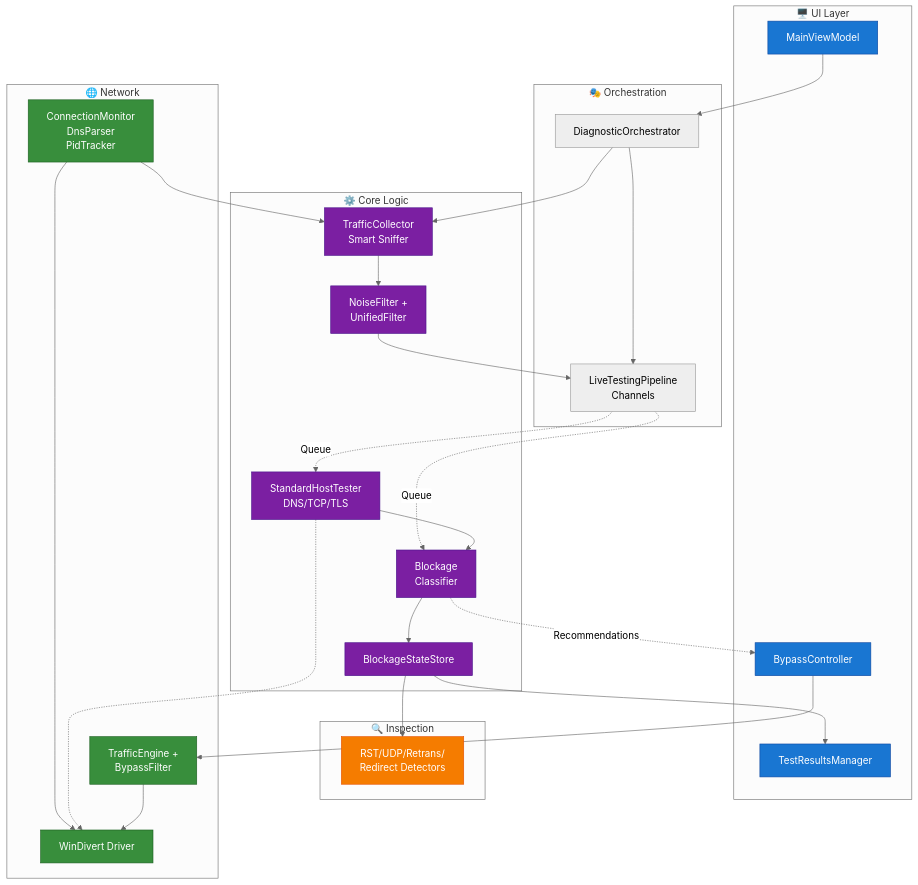
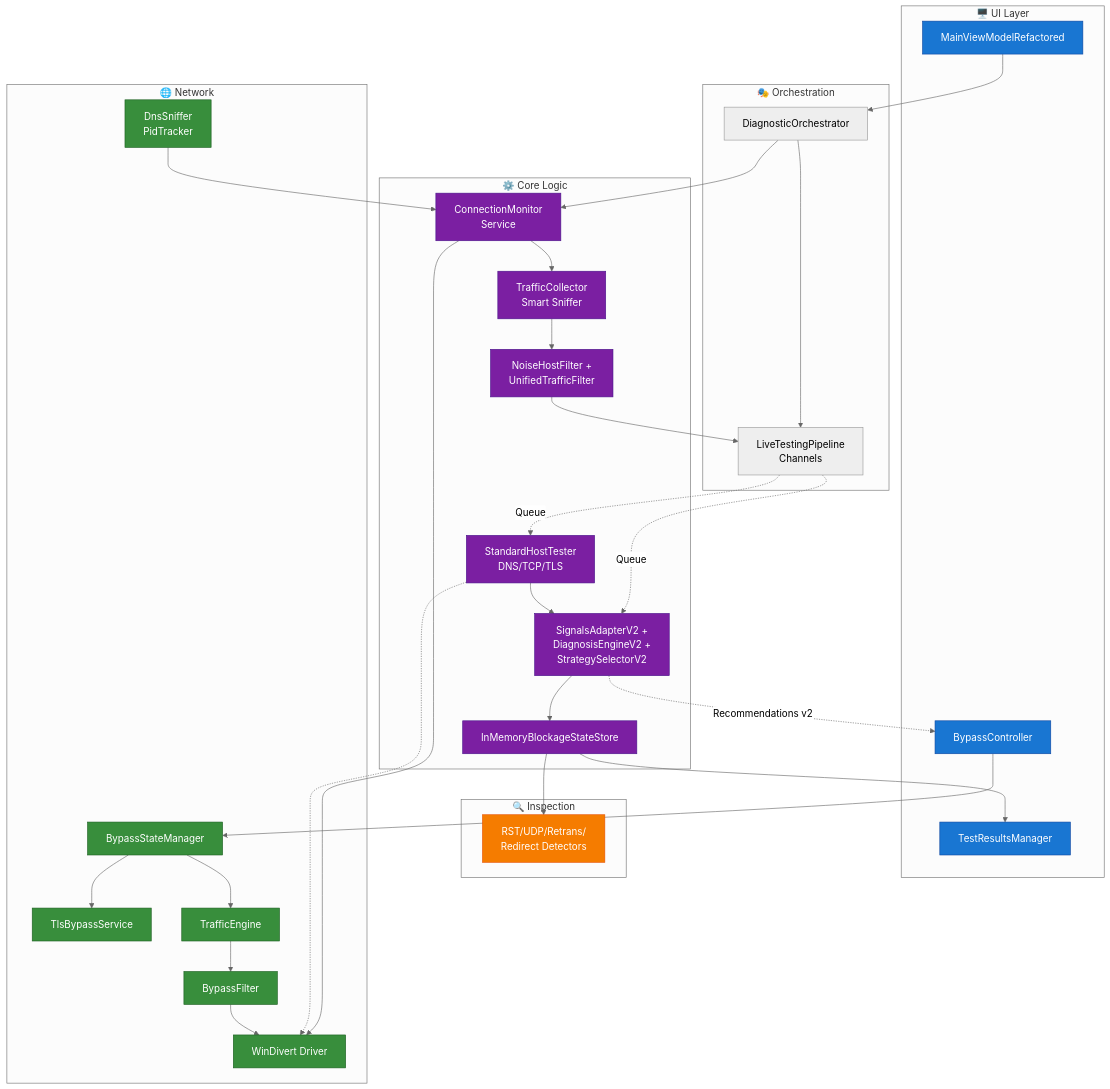
The diagram in README.md (Nafancheg/ISP_Audit), drawn with Mermaid (neutral theme) before and after one commit. The commit also changed other lines of this file, not shown here.

Commit message:
README: синхронизация с текущей архитектурой (manual apply v2)

````diff
--- a/README.md
+++ b/README.md
@@ -141,67 +147,75 @@
 ```mermaid
 graph TB
     subgraph UI["🖥️ UI Layer"]
-        MainVM[MainViewModel]
+        MainVM[MainViewModelRefactored]
         BypassCtrl[BypassController]
         TestResults[TestResultsManager]
     end
-    
+
     subgraph Orchestration["🎭 Orchestration"]
         Orchestrator[DiagnosticOrchestrator]
         Pipeline[LiveTestingPipeline<br/>Channels]
     end
-    
+
     subgraph Core["⚙️ Core Logic"]
+        ConnMon[ConnectionMonitor<br/>Service]
         Collector[TrafficCollector<br/>Smart Sniffer]
-        Filters[NoiseFilter +<br/>UnifiedFilter]
+        Filters[NoiseHostFilter +<br/>UnifiedTrafficFilter]
         Tester[StandardHostTester<br/>DNS/TCP/TLS]
-        Classifier[Blockage<br/>Classifier]
-        StateStore[BlockageStateStore]
+        Intelligence[SignalsAdapterV2 +<br/>DiagnosisEngineV2 +<br/>StrategySelectorV2]
+        StateStore[InMemoryBlockageStateStore]
     end
-    
+
     subgraph Inspection["🔍 Inspection"]
         Inspectors[RST/UDP/Retrans/<br/>Redirect Detectors]
     end
-    
+
     subgraph Network["🌐 Network"]
         WinDivert[WinDivert Driver]
-        Services[ConnectionMonitor<br/>DnsParser<br/>PidTracker]
-        TrafficEngine[TrafficEngine +<br/>BypassFilter]
+        Services[DnsSniffer<br/>PidTracker]
+        BypassState[BypassStateManager]
+        TlsSvc[TlsBypassService]
+        TrafficEngine[TrafficEngine]
+        BypassFilter[BypassFilter]
     end
-    
+
     %% Main Flow
     MainVM --> Orchestrator
     Orchestrator --> Pipeline
-    Orchestrator --> Collector
-    
+    Orchestrator --> ConnMon
+
+    ConnMon --> Collector
     Pipeline -.->|Queue| Tester
-    Pipeline -.->|Queue| Classifier
-    
+    Pipeline -.->|Queue| Intelligence
+
     Collector --> Filters
     Filters --> Pipeline
-    Tester --> Classifier
-    Classifier --> StateStore
+    Tester --> Intelligence
+    Intelligence --> StateStore
     StateStore --> Inspectors
     StateStore --> TestResults
-    
+
     %% Network Layer
-    Services --> Collector
-    Services --> WinDivert
+    Services --> ConnMon
+    ConnMon --> WinDivert
     Tester -.-> WinDivert
-    
+
     %% Bypass
-    BypassCtrl --> TrafficEngine
-    TrafficEngine --> WinDivert
-    Classifier -.->|Recommendations| BypassCtrl
-    
+    BypassCtrl --> BypassState
+    BypassState --> TlsSvc
+    BypassState --> TrafficEngine
+    TrafficEngine --> BypassFilter
+    BypassFilter --> WinDivert
+    Intelligence -.->|Recommendations v2| BypassCtrl
+
     %% Styling
     classDef ui fill:#1976d2,stroke:#0d47a1,color:#fff
     classDef core fill:#7b1fa2,stroke:#4a148c,color:#fff
     classDef network fill:#388e3c,stroke:#1b5e20,color:#fff
     classDef inspect fill:#f57c00,stroke:#e65100,color:#fff
-    
+
     class MainVM,BypassCtrl,TestResults ui
-    class Collector,Filters,Tester,Classifier,StateStore core
-    class WinDivert,Services,TrafficEngine network
+    class ConnMon,Collector,Filters,Tester,Intelligence,StateStore core
+    class WinDivert,Services,BypassState,TlsSvc,TrafficEngine,BypassFilter network
     class Inspectors inspect
 ```
````
